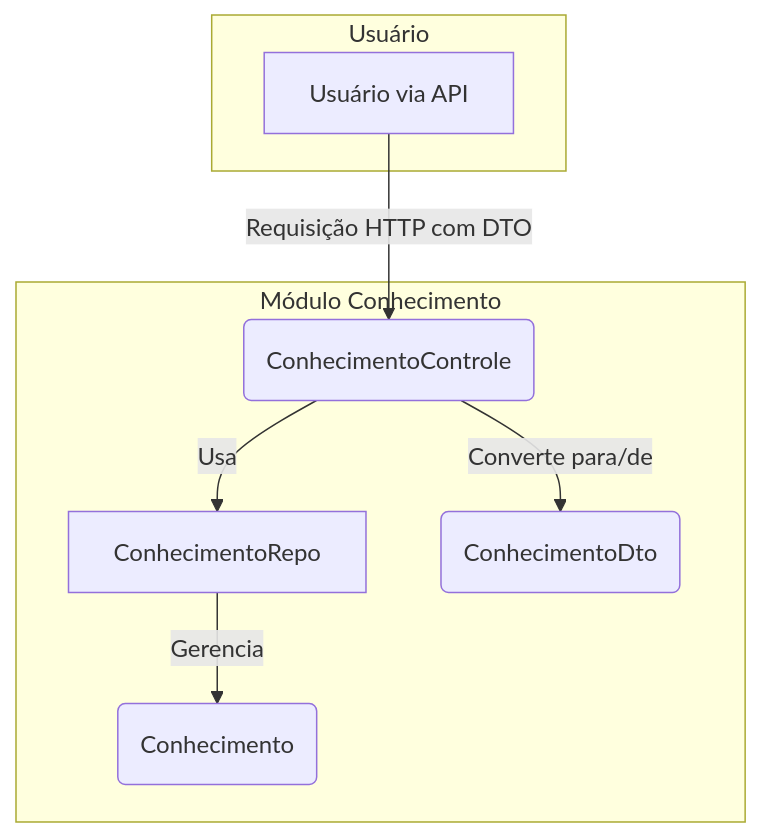
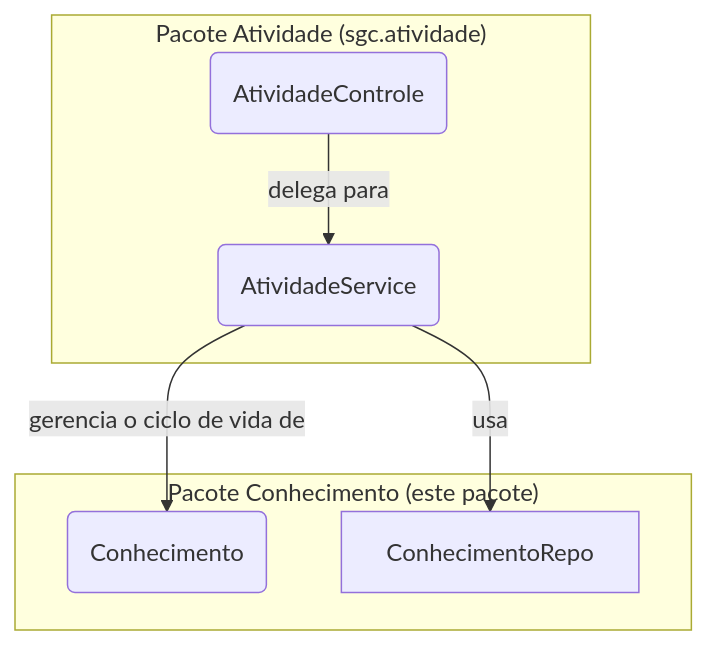
Before and after one commit to lgalvao/sgc: the diagram in backend/src/main/java/sgc/conhecimento/README.md, drawn with Mermaid. The commit also changed other lines of this file and 12 other files, not shown here.

````diff
--- a/backend/src/main/java/sgc/conhecimento/README.md
+++ b/backend/src/main/java/sgc/conhecimento/README.md
@@ -35,18 +13,17 @@
 ```mermaid
 graph TD
-    subgraph "Usuário"
-        A[Usuário via API]
+    subgraph "Pacote Atividade (sgc.atividade)"
+        Controle(AtividadeControle)
+        Service(AtividadeService)
     end
 
-    subgraph "Módulo Conhecimento"
-        B(ConhecimentoControle)
-        C[ConhecimentoRepo]
-        D(Conhecimento)
-        E(ConhecimentoDto)
+    subgraph "Pacote Conhecimento (este pacote)"
+        Modelo(Conhecimento)
+        Repo[ConhecimentoRepo]
     end
 
-    A -- Requisição HTTP com DTO --> B
-    B -- Usa --> C
-    C -- Gerencia --> D
-    B -- Converte para/de --> E
+    Controle -- delega para --> Service
+    Service -- gerencia o ciclo de vida de --> Modelo
+    Service -- usa --> Repo
+
 ```
````
